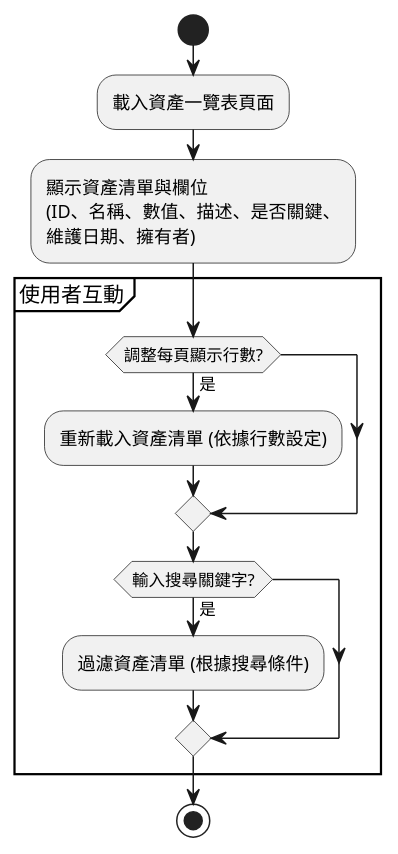
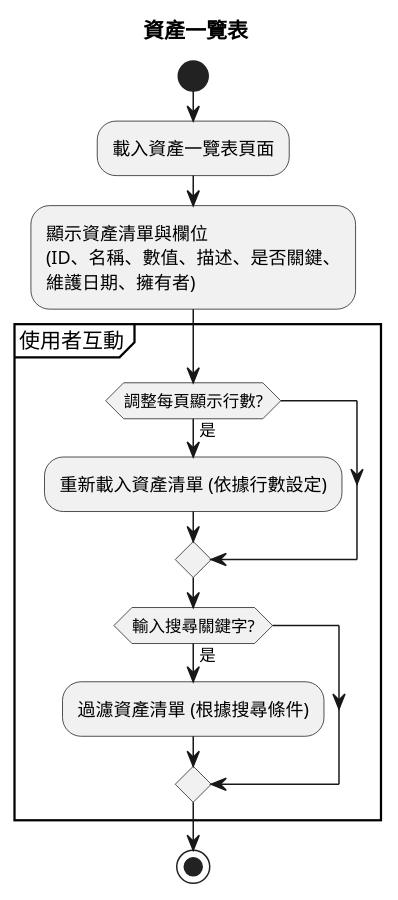
Before and after one commit to walle45611/NTUB_SecuManag_Diagram: the diagram in plantUML/activity/asset_overview.puml, drawn with PlantUML. The commit also changed 4 other files, not shown here.

```diff
--- a/plantUML/activity/asset_overview.puml
+++ b/plantUML/activity/asset_overview.puml
@@ -1,23 +1,23 @@
 @startuml asset_overview_activity
-
+title 資產一覽表
 start
 
 :載入資產一覽表頁面;
 
 :顯示資產清單與欄位
 (ID、名稱、數值、描述、是否關鍵、
 維護日期、擁有者);
 
 partition "使用者互動" {
     if (調整每頁顯示行數?) then (是)
         :重新載入資產清單 (依據行數設定);
     endif
 
     if (輸入搜尋關鍵字?) then (是)
         :過濾資產清單 (根據搜尋條件);
     endif
 }
 
 stop
 
 @enduml
```
